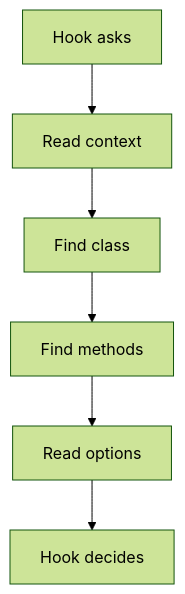
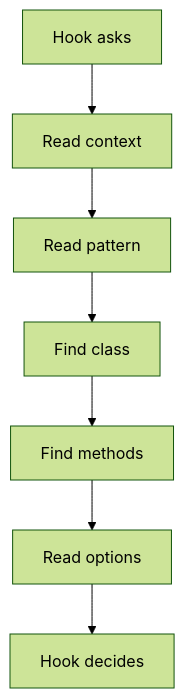
Before and after one commit to JohnAndrewBalbarosa/NeoTerritory: the second of 2 diagrams in docs/Codebase/Microservice/Modules/Source/Analysis/Patterns/Middleman/Context/pattern_context.cpp.md, drawn with Mermaid (forest theme). The commit also changed other lines of this file and 182 other files, not shown here.

````diff
--- a/docs/Codebase/Microservice/Modules/Source/Analysis/Patterns/Middleman/Context/pattern_context.cpp.md
+++ b/docs/Codebase/Microservice/Modules/Source/Analysis/Patterns/Middleman/Context/pattern_context.cpp.md
@@ -44,14 +52,16 @@
 ```mermaid
 flowchart TD
     Start["Hook asks"]
     N0["Read context"]
-    N1["Find class"]
-    N2["Find methods"]
-    N3["Read options"]
+    N1["Read pattern"]
+    N2["Find class"]
+    N3["Find methods"]
+    N4["Read options"]
     End["Hook decides"]
     Start --> N0
     N0 --> N1
     N1 --> N2
     N2 --> N3
-    N3 --> End
+    N3 --> N4
+    N4 --> End
 ```
````
